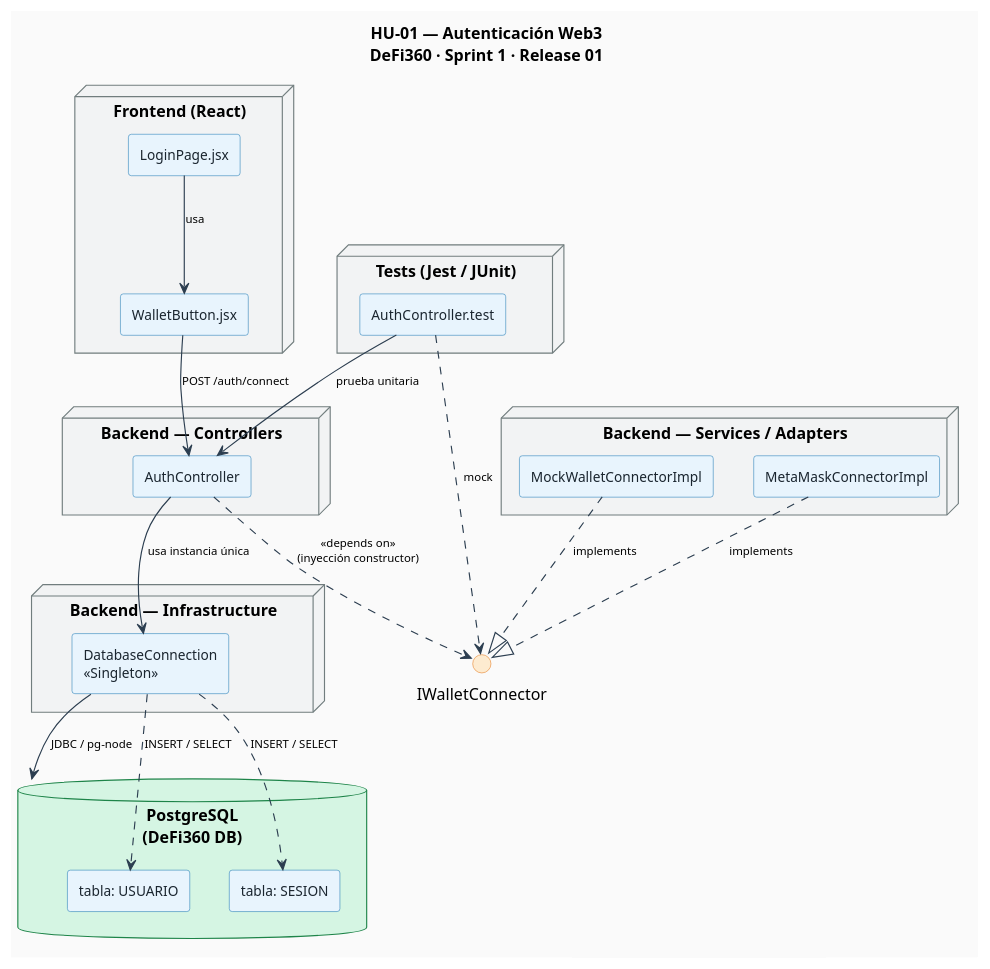
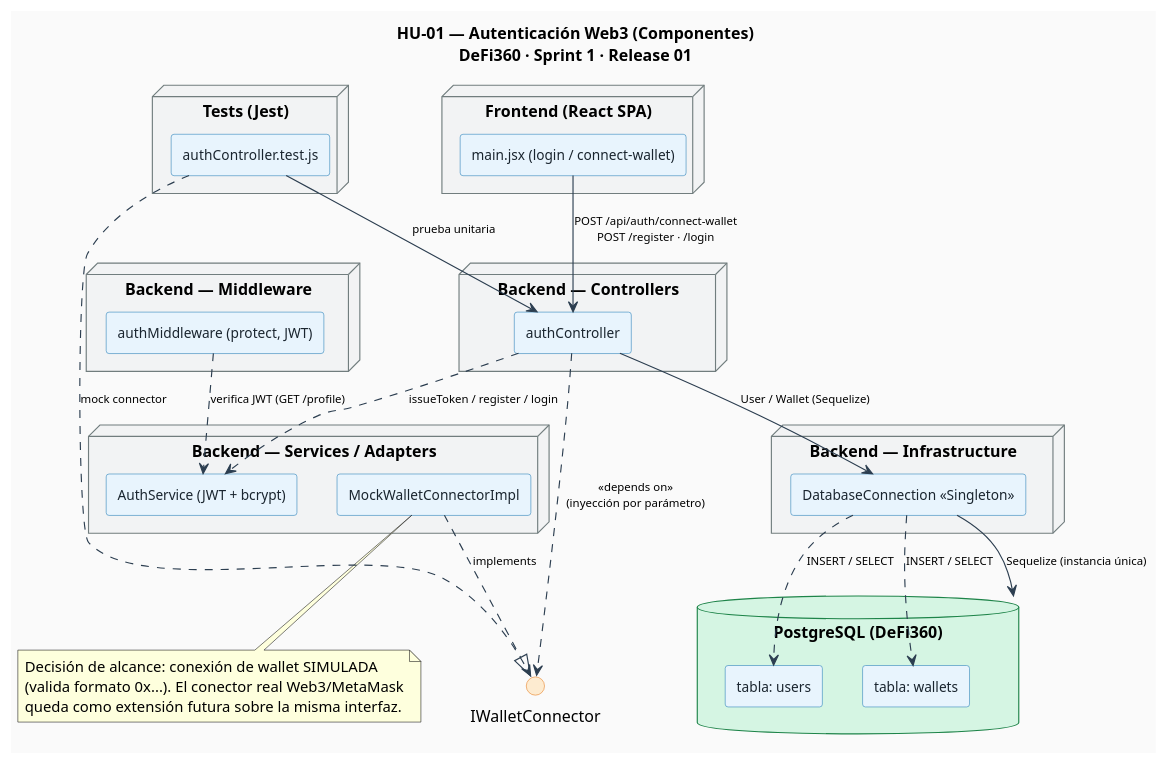
One commit to Brando-01/Software2 changed the diagram in Diagramas/Diagrama Componentes HU-01_Autenticacion_Web3.puml. Above: the diagram before and after it, drawn with PlantUML. The commit also changed 24 other files, not shown here.

Commit message:
docs(diagramas): diagramas UML Release 01 y Release 02 (general y por HU)

```diff
--- a/Diagramas/Diagrama Componentes HU-01_Autenticacion_Web3.puml
+++ b/Diagramas/Diagrama Componentes HU-01_Autenticacion_Web3.puml
@@ -1,87 +1,87 @@
 @startuml HU-01_Autenticacion_Web3
-title HU-01 — Autenticación Web3\nDeFi360 · Sprint 1 · Release 01
+title HU-01 — Autenticación Web3 (Componentes)\nDeFi360 · Sprint 1 · Release 01
 
 skinparam componentStyle rectangle
 skinparam backgroundColor #FAFAFA
 skinparam component {
   BackgroundColor #E8F4FD
   BorderColor #2980B9
   FontColor #1A252F
   FontSize 12
 }
 skinparam interface {
   BackgroundColor #FDEBD0
   BorderColor #E67E22
 }
 skinparam database {
   BackgroundColor #D5F5E3
   BorderColor #1E8449
 }
 skinparam node {
   BackgroundColor #F2F3F4
   BorderColor #717D7E
 }
 skinparam arrow {
   Color #2C3E50
   FontSize 10
 }
 
-' ─── CAPA: FRONTEND ────────────────────────────────────────────
-node "Frontend (React)" {
-  [LoginPage.jsx] as LoginPage
-  [WalletButton.jsx] as WalletBtn
-  
+' ─── FRONTEND ───────────────────────────────────────────────────
+node "Frontend (React SPA)" {
+  [main.jsx (login / connect-wallet)] as LoginUI
 }
 
-' ─── CAPA: CONTROLADOR ─────────────────────────────────────────
+' ─── CONTROLADOR ────────────────────────────────────────────────
 node "Backend — Controllers" {
-  [AuthController] as AuthCtrl
-  
+  [authController] as AuthCtrl
 }
 
-' ─── INTERFAZ (abstracción DIP) ────────────────────────────────
+' ─── MIDDLEWARE ─────────────────────────────────────────────────
+node "Backend — Middleware" {
+  [authMiddleware (protect, JWT)] as Mw
+}
+
+' ─── ABSTRACCIÓN DIP ────────────────────────────────────────────
 interface "IWalletConnector" as IWallet
 
-
-' ─── IMPLEMENTACIONES ──────────────────────────────────────────
+' ─── SERVICES / ADAPTERS ────────────────────────────────────────
 node "Backend — Services / Adapters" {
   [MockWalletConnectorImpl] as MockWallet
-  [MetaMaskConnectorImpl] as MetaMask
-  
+  [AuthService (JWT + bcrypt)] as AuthSvc
 }
 
-' ─── SINGLETON DE BASE DE DATOS ────────────────────────────────
+' ─── SINGLETON DE BASE DE DATOS ─────────────────────────────────
 node "Backend — Infrastructure" {
-  [DatabaseConnection\n«Singleton»] as DBConn
-  
+  [DatabaseConnection «Singleton»] as DBConn
 }
 
-database "PostgreSQL\n(DeFi360 DB)" as PG {
-  [tabla: USUARIO] as TblUsuario
-  [tabla: SESION] as TblSesion
+database "PostgreSQL (DeFi360)" as PG {
+  [tabla: users] as TblUsers
+  [tabla: wallets] as TblWallets
 }
 
-' ─── PRUEBAS ───────────────────────────────────────────────────
-node "Tests (Jest / JUnit)" {
-  [AuthController.test] as AuthTest
-  
+' ─── PRUEBAS ────────────────────────────────────────────────────
+node "Tests (Jest)" {
+  [authController.test.js] as AuthTest
 }
 
-' ─── RELACIONES ────────────────────────────────────────────────
-LoginPage     --> WalletBtn         : usa
-WalletBtn     --> AuthCtrl          : POST /auth/connect
+' ─── RELACIONES ─────────────────────────────────────────────────
+LoginUI   --> AuthCtrl    : POST /api/auth/connect-wallet\nPOST /register · /login
+AuthCtrl  ..> IWallet     : «depends on»\n(inyección por parámetro)
+MockWallet ..|> IWallet   : «implements»
+AuthCtrl  ..> AuthSvc     : issueToken / register / login
+AuthCtrl  --> DBConn      : User / Wallet (Sequelize)
+Mw        ..> AuthSvc     : verifica JWT (GET /profile)
+DBConn    --> PG          : Sequelize (instancia única)
+DBConn    ..> TblUsers    : INSERT / SELECT
+DBConn    ..> TblWallets  : INSERT / SELECT
+AuthTest  ..> IWallet     : mock connector
+AuthTest  --> AuthCtrl    : prueba unitaria
 
-AuthCtrl      ..> IWallet           : «depends on»\n(inyección constructor)
-MockWallet    ..|> IWallet          : «implements»
-MetaMask      ..|> IWallet          : «implements»
-
-AuthCtrl      --> DBConn            : usa instancia única
-DBConn        --> PG                : JDBC / pg-node
-
-DBConn        ..> TblUsuario        : INSERT / SELECT
-DBConn        ..> TblSesion         : INSERT / SELECT
-
-AuthTest      ..> IWallet           : mock
-AuthTest      --> AuthCtrl          : prueba unitaria
+note bottom of MockWallet
+  Decisión de alcance: conexión de wallet SIMULADA
+  (valida formato 0x...). El conector real Web3/MetaMask
+  queda como extensión futura sobre la misma interfaz.
+end note
 
 @enduml
```
